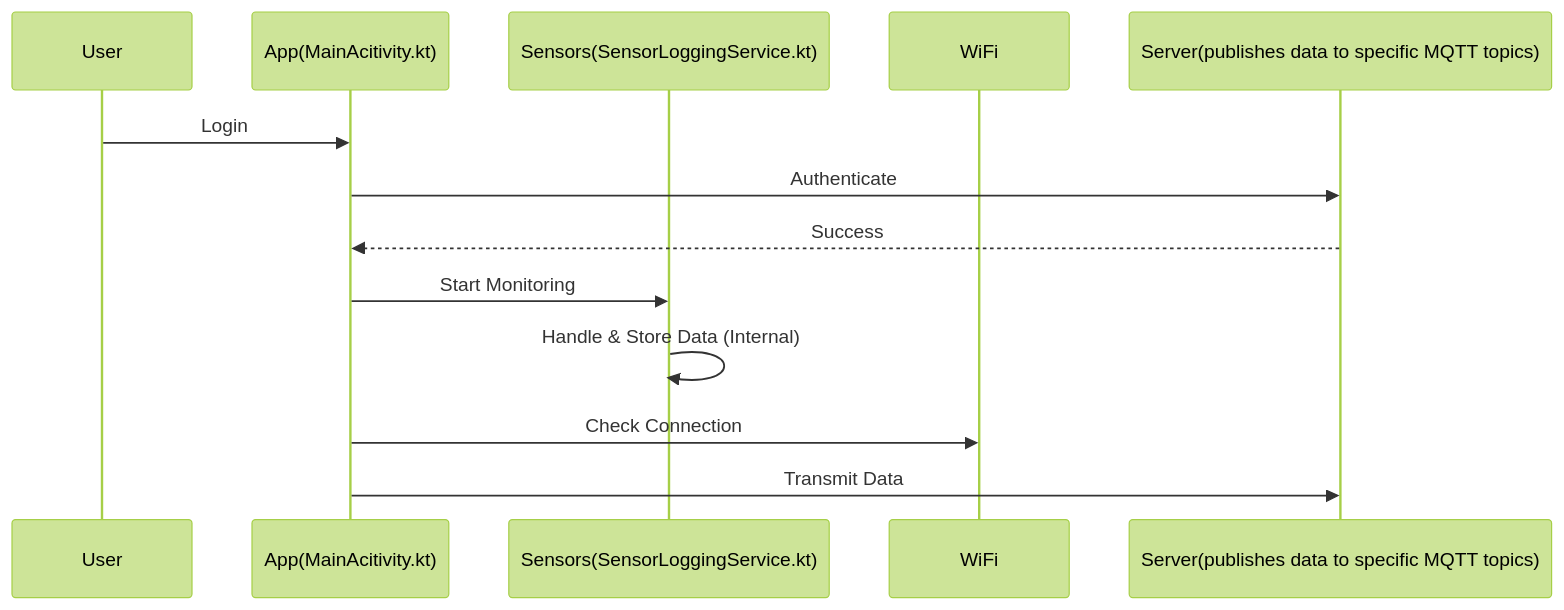
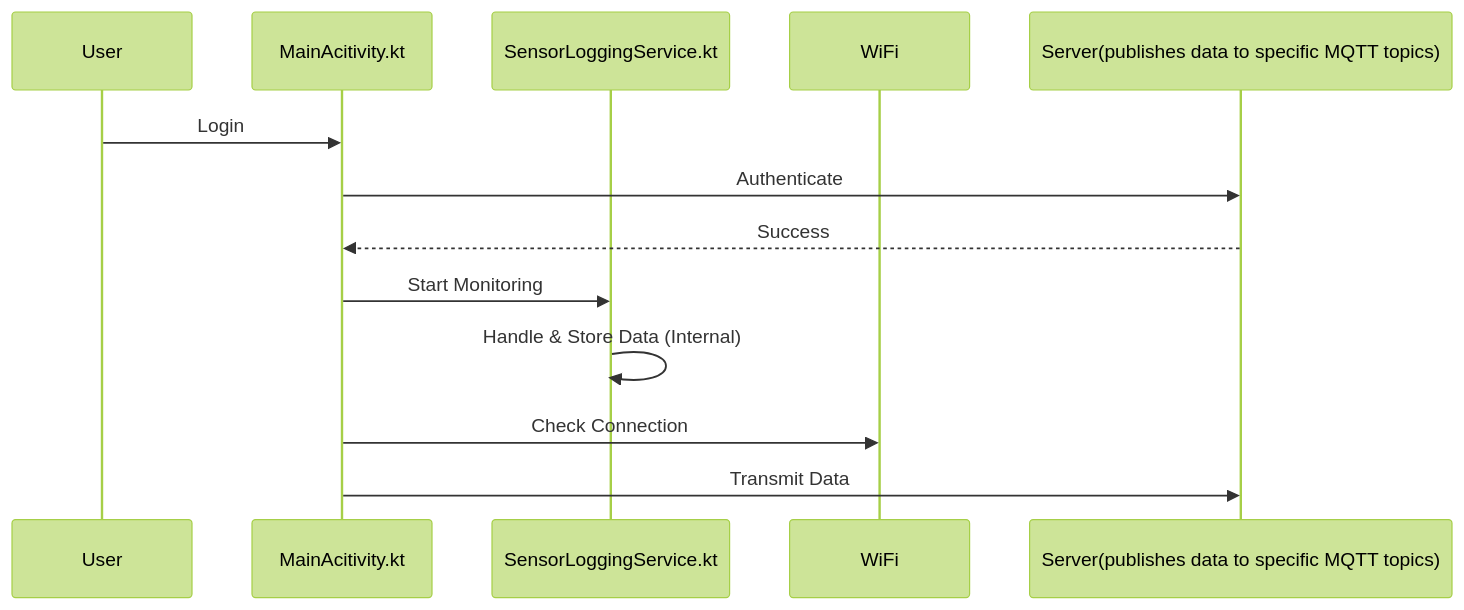
Before and after one commit to rcznp/test_doc_2: the second of 2 diagrams in README.md, drawn with Mermaid (forest theme).

````diff
--- a/README.md
+++ b/README.md
@@ -38,16 +38,16 @@
 ```mermaid
 sequenceDiagram
     participant U as User
-    participant A as App(MainAcitivity.kt)
-    participant S as Sensors(SensorLoggingService.kt)
+    participant A as MainAcitivity.kt
+    participant S as SensorLoggingService.kt
     participant W as WiFi
     participant API as Server(publishes data to specific MQTT topics)
 
     U->>A: Login
     A->>API: Authenticate
     API-->>A: Success
     A->>S: Start Monitoring
     S->>S: Handle & Store Data (Internal)
     A->>W: Check Connection
     A->>API: Transmit Data
 ```
````
